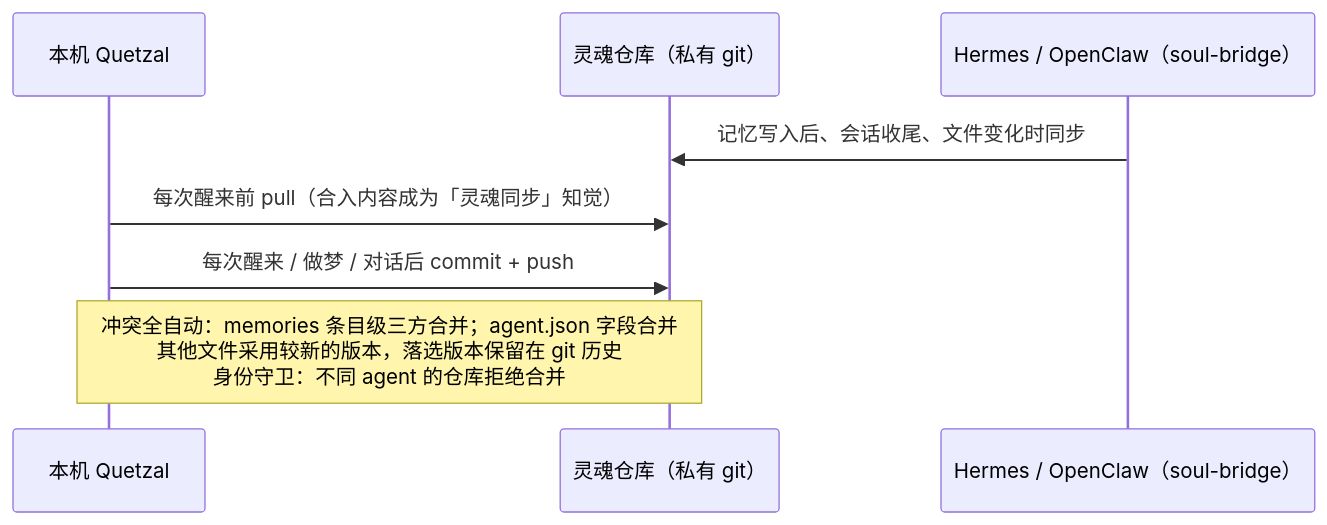
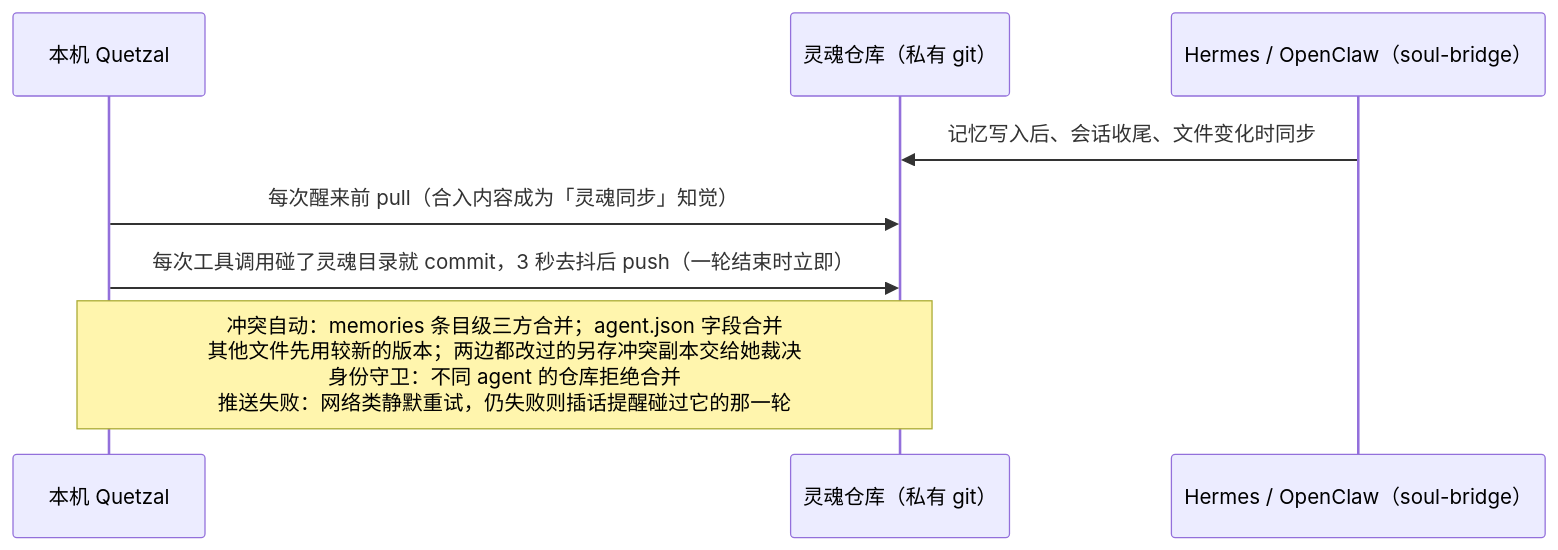
One commit to Causally-XYZ/Project.Quetzal changed the eighth of 9 diagrams in docs/ARCHITECTURE.md. Above: the diagram before and after it, drawn with Mermaid. The commit also changed other lines of this file and 19 other files, not shown here.

````diff
--- a/docs/ARCHITECTURE.md
+++ b/docs/ARCHITECTURE.md
@@ -295,10 +295,10 @@
 ```mermaid
 sequenceDiagram
   participant A as 本机 Quetzal
   participant R as 灵魂仓库（私有 git）
   participant H as Hermes / OpenClaw（soul-bridge）
   H->>R: 记忆写入后、会话收尾、文件变化时同步
   A->>R: 每次醒来前 pull（合入内容成为「灵魂同步」知觉）
-  A->>R: 每次醒来 / 做梦 / 对话后 commit + push
-  Note over A,R: 冲突全自动：memories 条目级三方合并；agent.json 字段合并<br/>其他文件采用较新的版本，落选版本保留在 git 历史<br/>身份守卫：不同 agent 的仓库拒绝合并
+  A->>R: 每次工具调用碰了灵魂目录就 commit，3 秒去抖后 push（一轮结束时立即）
+  Note over A,R: 冲突自动：memories 条目级三方合并；agent.json 字段合并<br/>其他文件先用较新的版本；两边都改过的另存冲突副本交给她裁决<br/>身份守卫：不同 agent 的仓库拒绝合并<br/>推送失败：网络类静默重试，仍失败则插话提醒碰过它的那一轮
 ```
````
